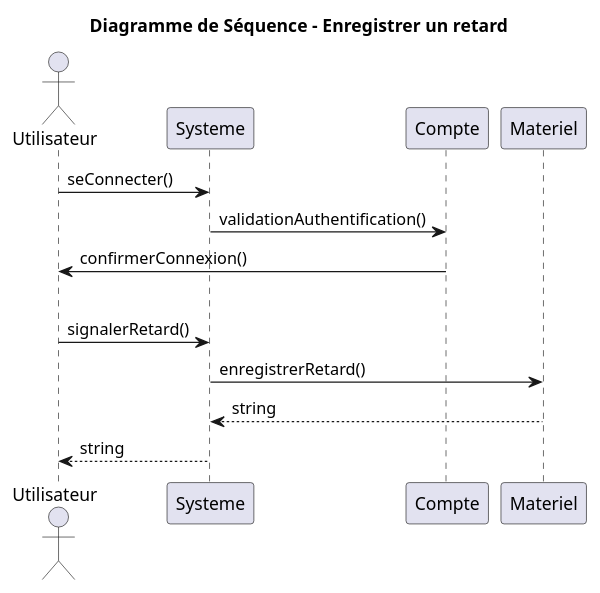
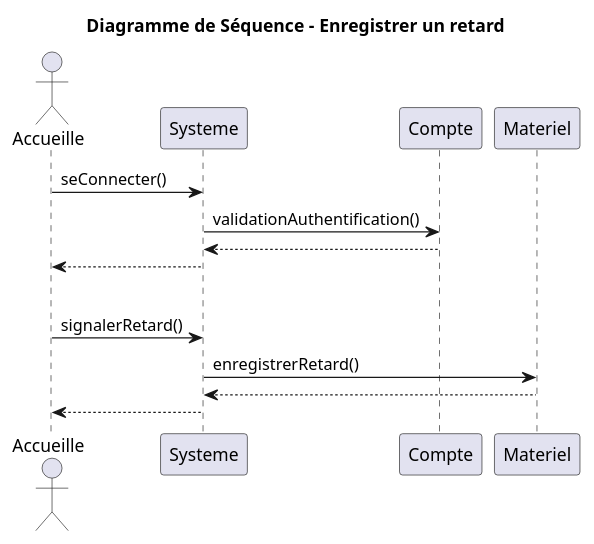
One commit to Egario54/ProjetClubNautique changed the diagram in UML/Diagramme_sequence_enregistrer_retard.puml. Above: the diagram before and after it, drawn with PlantUML. The commit also changed 31 other files, not shown here.

Commit message:
standardisation des retours dans les diagrammes

```diff
--- a/UML/Diagramme_sequence_enregistrer_retard.puml
+++ b/UML/Diagramme_sequence_enregistrer_retard.puml
@@ -1,22 +1,23 @@
 @startuml
 title Diagramme de Séquence - Enregistrer un retard
-actor Utilisateur
+actor Accueille
 participant Systeme
 participant Compte
 participant Materiel
 
 'Connexion à un compte'
-Utilisateur -> Systeme: seConnecter()
+Accueille -> Systeme: seConnecter()
 Systeme -> Compte: validationAuthentification()
-Compte -> Utilisateur: confirmerConnexion()
+return
+Systeme --> Accueille
 
 'Séparation'
 |||
 
-'Utilisateur'
-Utilisateur -> Systeme: signalerRetard()
+'Accueille'
+Accueille -> Systeme: signalerRetard()
 Systeme -> Materiel: enregistrerRetard()
-Materiel --> Systeme: string
-Systeme --> Utilisateur: string
+return
+Systeme --> Accueille
 
 @enduml
```
